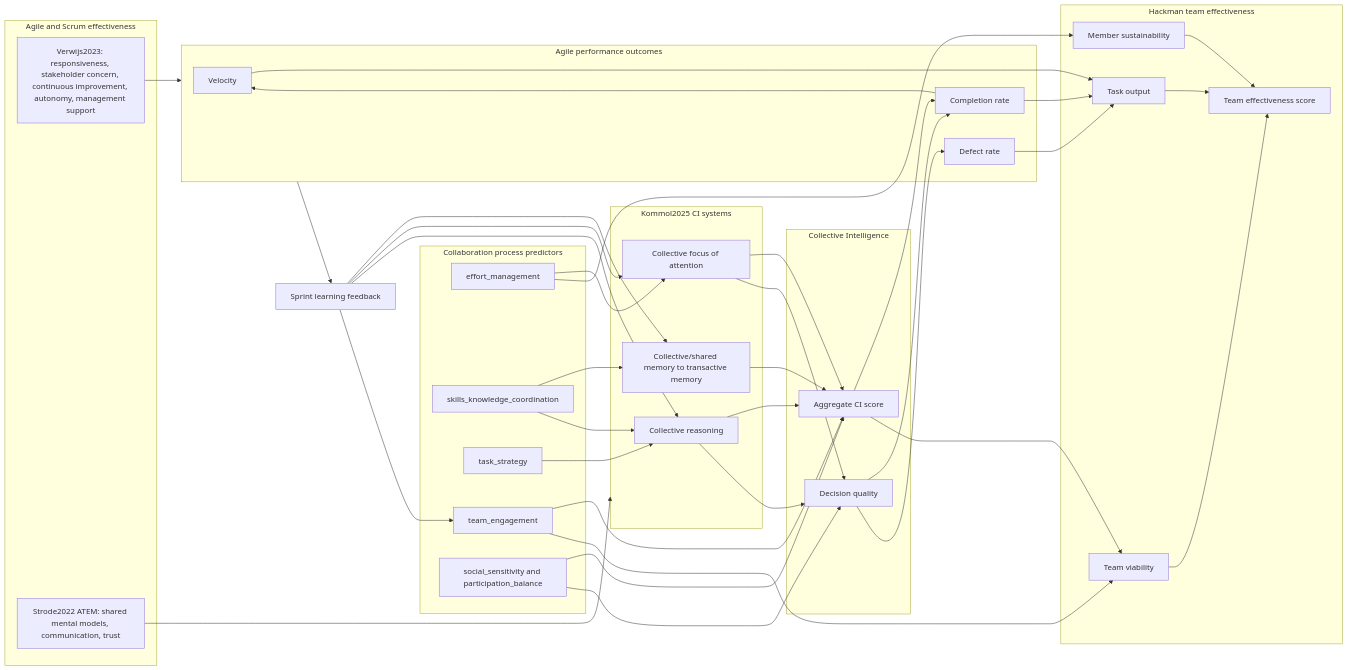
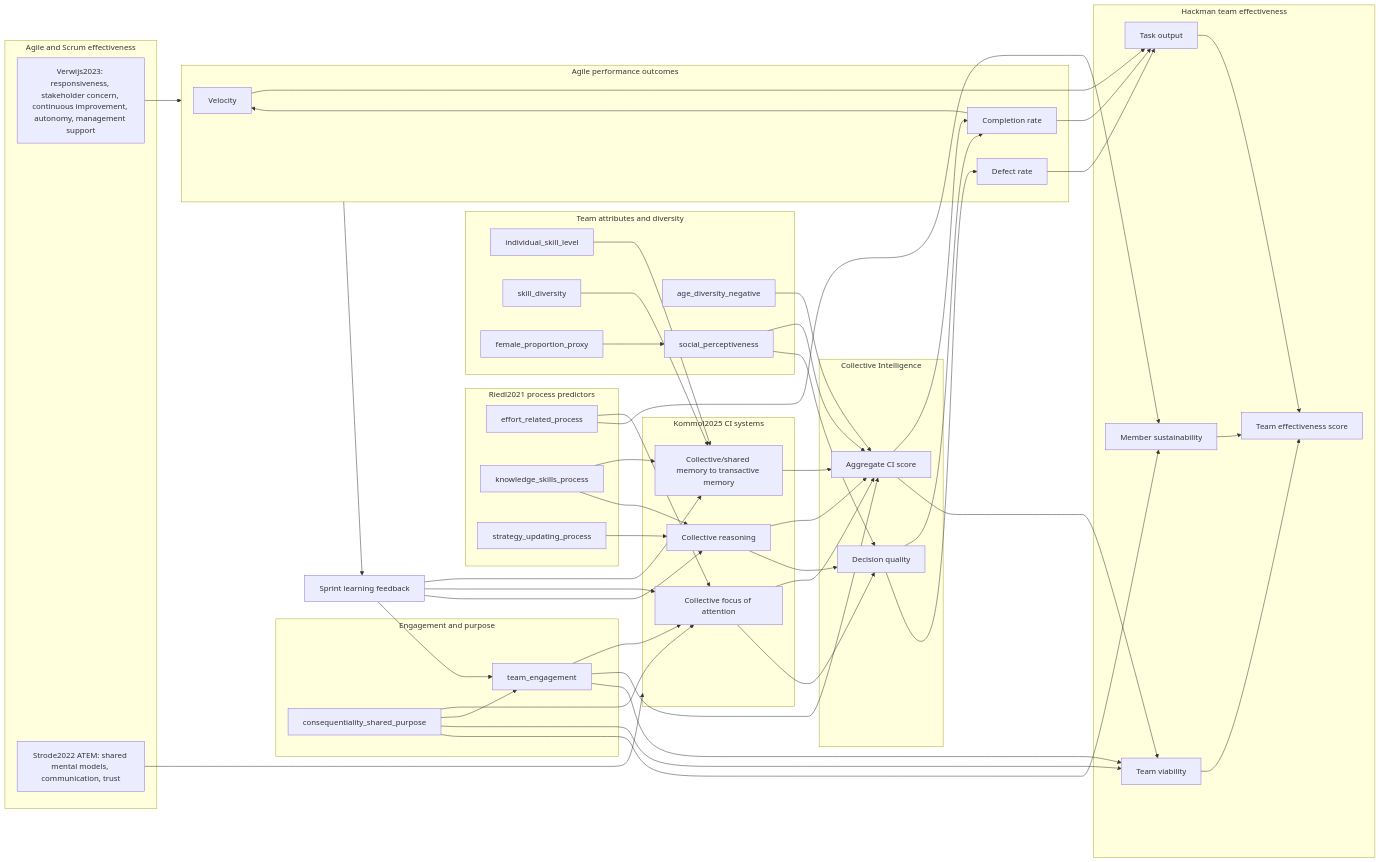
One commit to arslansultandogar/agile-simulator changed the diagram in docs/diagrams/08_scrum_ci_team_effectiveness_bridge.mmd. Above: the diagram before and after it, drawn with Mermaid. The commit also changed 16 other files, not shown here.

```diff
--- a/docs/diagrams/08_scrum_ci_team_effectiveness_bridge.mmd
+++ b/docs/diagrams/08_scrum_ci_team_effectiveness_bridge.mmd
@@ -1,76 +1,96 @@
 %% Agile AI Simulator — Scrum, Collective Intelligence, and Team Effectiveness Bridge
 %% Copy into Mermaid Live Editor or draw.io Mermaid import.
 
 flowchart LR
     subgraph scrumRefs["Agile and Scrum effectiveness"]
         verwijs["Verwijs2023: responsiveness, stakeholder concern, continuous improvement, autonomy, management support"]
         strode["Strode2022 ATEM: shared mental models, communication, trust"]
     end
 
-    subgraph processPredictors["Collaboration process predictors"]
-        effort["effort_management"]
-        skills["skills_knowledge_coordination"]
-        strategy["task_strategy"]
+    subgraph processPredictors["Riedl2021 process predictors"]
+        effort["effort_related_process"]
+        skillsProcess["knowledge_skills_process"]
+        strategyProcess["strategy_updating_process"]
+    end
+
+    subgraph attributes["Team attributes and diversity"]
+        individualSkill["individual_skill_level"]
+        skillDiversity["skill_diversity"]
+        ageDiversity["age_diversity_negative"]
+        femaleProxy["female_proportion_proxy"]
+        social["social_perceptiveness"]
+    end
+
+    subgraph engagementDrivers["Engagement and purpose"]
+        consequentiality["consequentiality_shared_purpose"]
         engagement["team_engagement"]
-        social["social_sensitivity and participation_balance"]
     end
 
     subgraph ciSystems["Kommol2025 CI systems"]
         memory["Collective/shared memory to transactive memory"]
         attention["Collective focus of attention"]
         reasoning["Collective reasoning"]
     end
 
     subgraph ciScore["Collective Intelligence"]
         ci["Aggregate CI score"]
         decision["Decision quality"]
     end
 
     subgraph agileOutcomes["Agile performance outcomes"]
         velocity["Velocity"]
         completion["Completion rate"]
         defects["Defect rate"]
     end
 
     subgraph hackman["Hackman team effectiveness"]
         output["Task output"]
         viability["Team viability"]
         sustainability["Member sustainability"]
         effectiveness["Team effectiveness score"]
     end
 
     verwijs --> agileOutcomes
     strode --> ciSystems
     effort --> attention
-    skills --> memory
-    skills --> reasoning
-    strategy --> reasoning
+    skillsProcess --> memory
+    skillsProcess --> reasoning
+    strategyProcess --> reasoning
+    individualSkill --> memory
+    skillDiversity --> memory
+    ageDiversity --> ci
+    femaleProxy --> social
+    consequentiality --> attention
+    consequentiality --> engagement
+    engagement --> attention
     engagement --> ci
     social --> ci
     social --> decision
 
     memory --> ci
     attention --> ci
     reasoning --> ci
     attention --> decision
     reasoning --> decision
 
     ci --> completion
     decision --> completion
     decision --> defects
     completion --> velocity
     completion --> output
     velocity --> output
     defects --> output
     ci --> viability
     engagement --> viability
     effort --> sustainability
+    consequentiality --> viability
+    consequentiality --> sustainability
     output --> effectiveness
     viability --> effectiveness
     sustainability --> effectiveness
 
     agileOutcomes --> learning["Sprint learning feedback"]
     learning --> memory
     learning --> attention
     learning --> reasoning
     learning --> engagement
```
